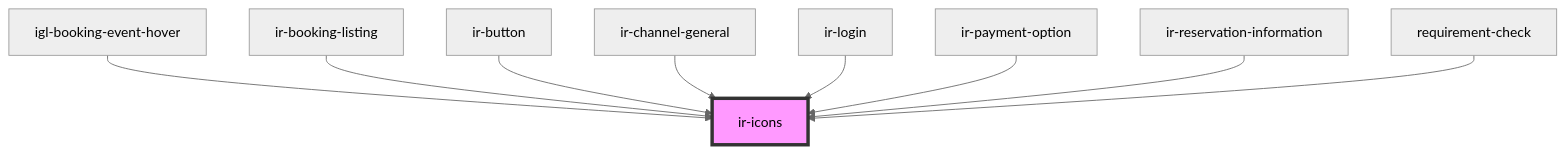
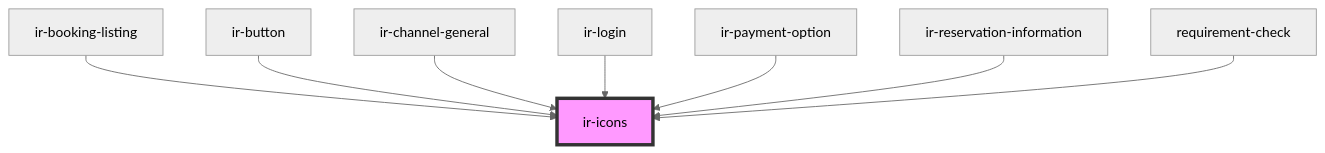
Before and after one commit to RonyRizk/ir-webcmp: the diagram in src/components/ui/ir-icons/readme.md, drawn with Mermaid (neutral theme). The commit also changed other lines of this file and 293 other files, not shown here.

````diff
--- a/src/components/ui/ir-icons/readme.md
+++ b/src/components/ui/ir-icons/readme.md
@@ -31,12 +28,11 @@
 ```mermaid
 graph TD;
-  igl-booking-event-hover --> ir-icons
   ir-booking-listing --> ir-icons
   ir-button --> ir-icons
   ir-channel-general --> ir-icons
   ir-login --> ir-icons
   ir-payment-option --> ir-icons
   ir-reservation-information --> ir-icons
   requirement-check --> ir-icons
   style ir-icons fill:#f9f,stroke:#333,stroke-width:4px
 ```
````
